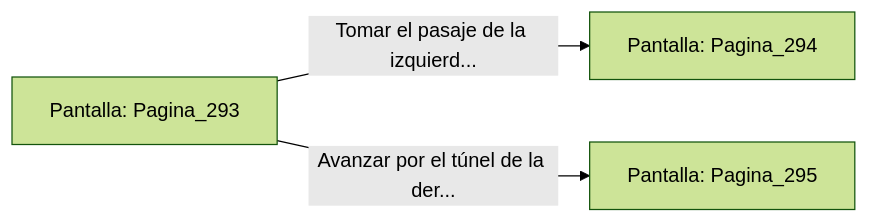
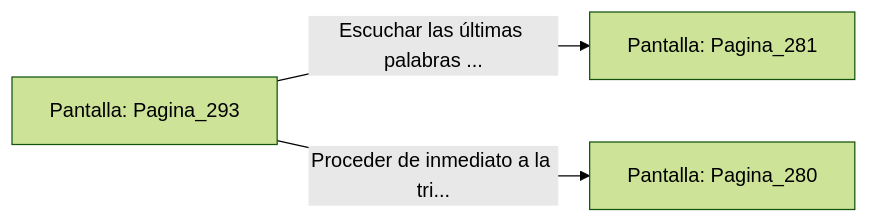
One commit to metsuke/mpl changed the diagram in sample/eligejuego-vault/Pantalla_Pagina_293.md. Above: the diagram before and after it, drawn with Mermaid (forest theme). The commit also changed other lines of this file and 635 other files, not shown here.

First line of the commit message:
fix: añadir Pagina_1 como pantalla inicial en capitulo_01.mpl

````diff
--- a/sample/eligejuego-vault/Pantalla_Pagina_293.md
+++ b/sample/eligejuego-vault/Pantalla_Pagina_293.md
@@ -20,6 +24,6 @@
 ```mermaid
 graph LR
     P_Pagina_293["Pantalla: Pagina_293"]
-    P_Pagina_293 -->|"Tomar el pasaje de la izquierd..."| P_Pagina_294["Pantalla: Pagina_294"]
-    P_Pagina_293 -->|"Avanzar por el túnel de la der..."| P_Pagina_295["Pantalla: Pagina_295"]
+    P_Pagina_293 -->|"Escuchar las últimas palabras ..."| P_Pagina_281["Pantalla: Pagina_281"]
+    P_Pagina_293 -->|"Proceder de inmediato a la tri..."| P_Pagina_280["Pantalla: Pagina_280"]
 ```
````
